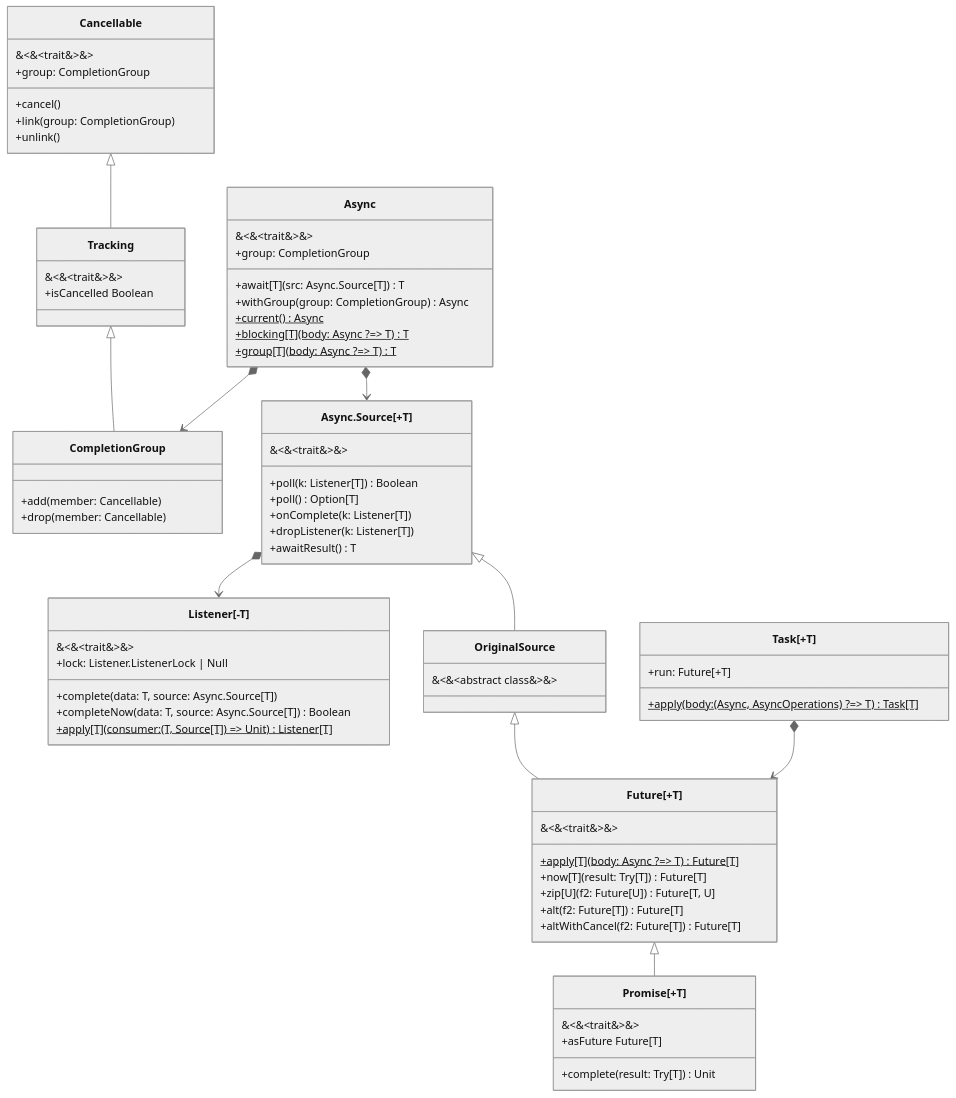
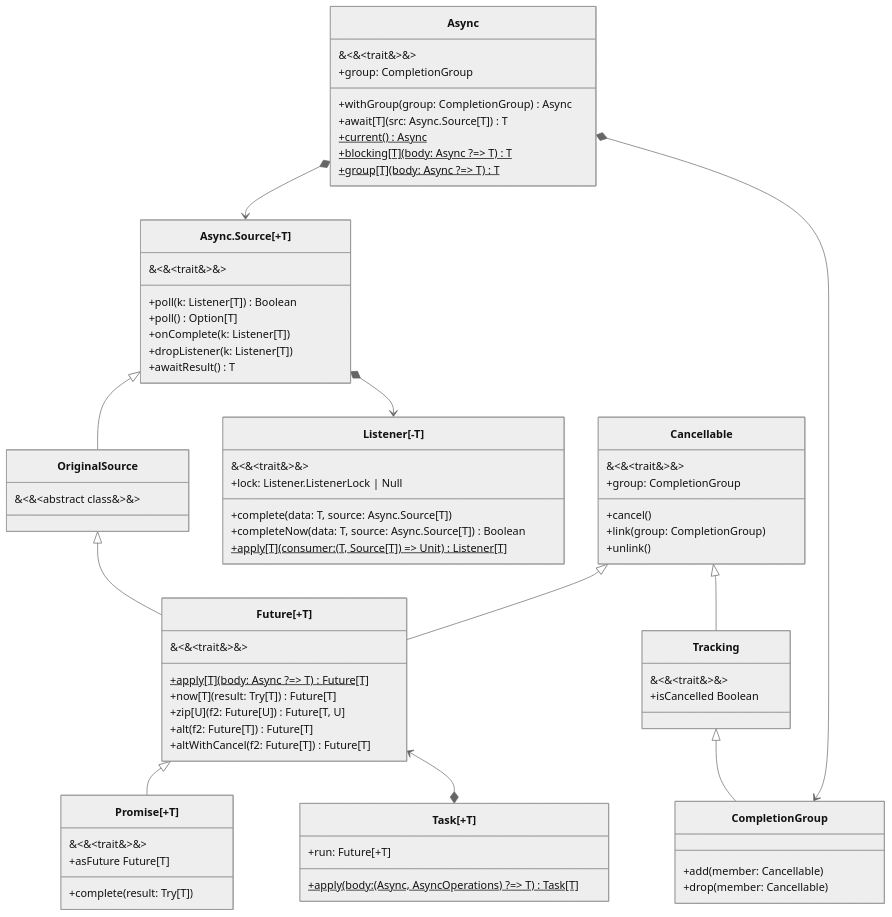
Before and after one commit to tassiluca/direct-style-experiments: the diagram in docs/content/docs/02-blog-posts-ws.md, drawn with Mermaid (neutral theme). The commit also changed other lines of this file, not shown here.

```diff
--- a/docs/content/docs/02-blog-posts-ws.md
+++ b/docs/content/docs/02-blog-posts-ws.md
@@ -184,35 +175,14 @@
 {{< mermaid >}}
 classDiagram
-  class Cancellable {
-    &#60;&#60;trait&#62;&#62;
-    +group: CompletionGroup
-    +cancel()
-    +link(group: CompletionGroup)
-    +unlink()
-  }
-
-  class Tracking {
-    &#60;&#60;trait&#62;&#62;
-    +isCancelled Boolean
-  }
-  Cancellable <|-- Tracking
-
-  class CompletionGroup {
-    +add(member: Cancellable)
-    +drop(member: Cancellable)
-  }
-  Tracking <|-- CompletionGroup 
-
   class Async {
     &#60;&#60;trait&#62;&#62;
     +group: CompletionGroup
+    +withGroup(group: CompletionGroup) Async
     +await[T](src: Async.Source[T]) T
-    +withGroup(group: CompletionGroup) Async
     +current() Async$
     +blocking[T](body: Async ?=> T) T$
     +group[T](body: Async ?=> T) T$
   }
-  Async *--> CompletionGroup
 
   class `Async.Source[+T]` {
     &#60;&#60;trait&#62;&#62;
@@ -225,6 +195,11 @@
 
   Async *--> `Async.Source[+T]`
 
+  class OriginalSource {
+    &#60;&#60;abstract class&#62;&#62;
+  }
+  `Async.Source[+T]` <|-- OriginalSource
+
   class `Listener[-T]` {
     &#60;&#60;trait&#62;&#62;
     +lock: Listener.ListenerLock | Null
@@ -234,11 +209,6 @@
   }
 
   `Async.Source[+T]` *--> `Listener[-T]`
-
-  class OriginalSource {
-    &#60;&#60;abstract class&#62;&#62;
-  }
-  `Async.Source[+T]` <|-- OriginalSource
 
   class `Future[+T]` {
     &#60;&#60;trait&#62;&#62;
@@ -251,7 +221,7 @@
   class `Promise[+T]` {
     &#60;&#60;trait&#62;&#62;
     +asFuture Future[T]
-    +complete(result: Try[T]) Unit
+    +complete(result: Try[T])
   }
   OriginalSource <|-- `Future[+T]`
   `Future[+T]` <|-- `Promise[+T]`
@@ -260,5 +230,30 @@
     +apply(body: (Async, AsyncOperations) ?=> T) Task[T]$
     +run: Future[+T]
   }
-  `Task[+T]` *--> `Future[+T]`
+  `Future[+T]` <--* `Task[+T]`
+
+  class Cancellable {
+    &#60;&#60;trait&#62;&#62;
+    +group: CompletionGroup
+    +cancel()
+    +link(group: CompletionGroup)
+    +unlink()
+  }
+
+  Cancellable <|-- `Future[+T]`
+
+  class Tracking {
+    &#60;&#60;trait&#62;&#62;
+    +isCancelled Boolean
+  }
+  Cancellable <|-- Tracking
+
+  class CompletionGroup {
+    +add(member: Cancellable)
+    +drop(member: Cancellable)
+  }
+  Tracking <|-- CompletionGroup
+
+  Async *--> CompletionGroup
+
 {{< /mermaid >}}
```
